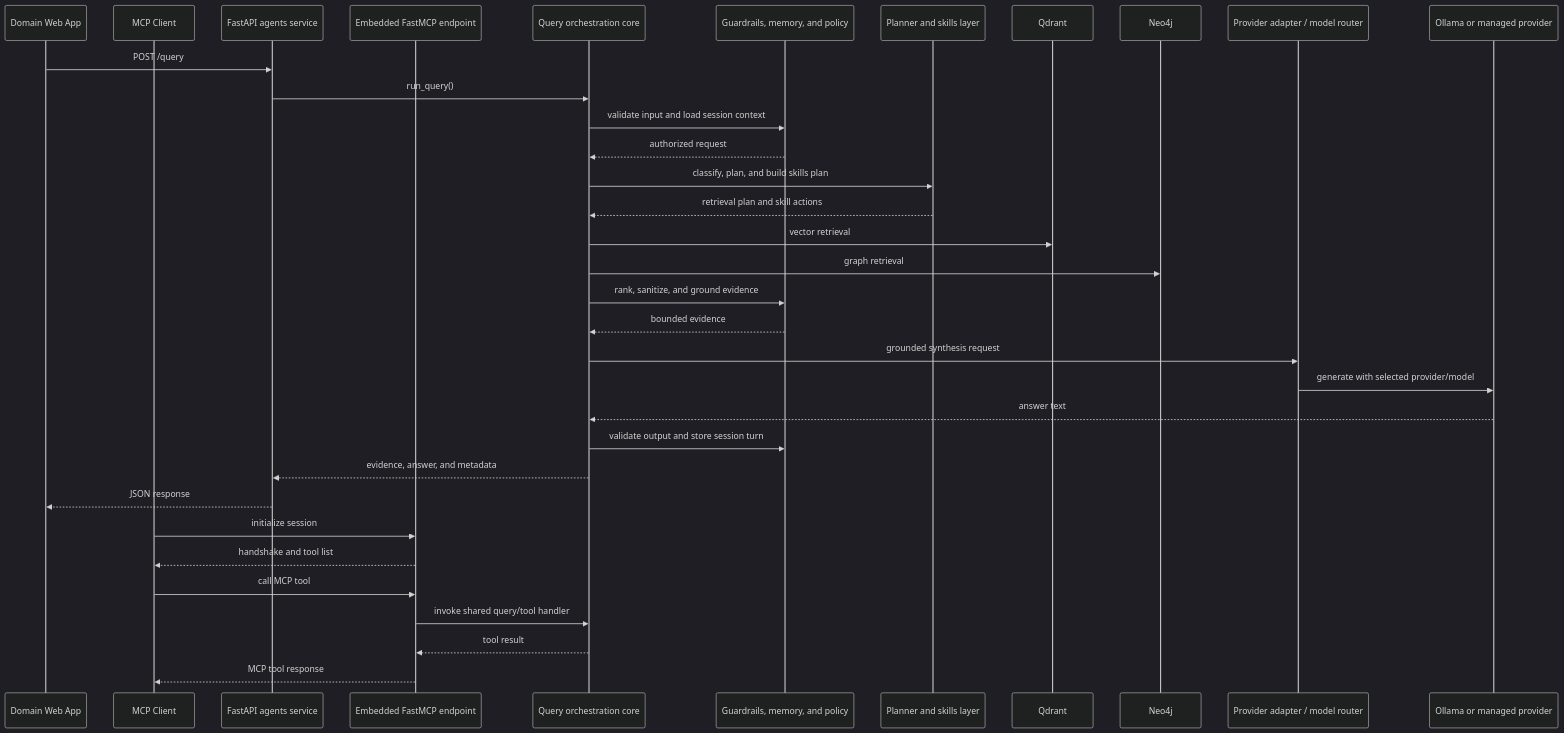
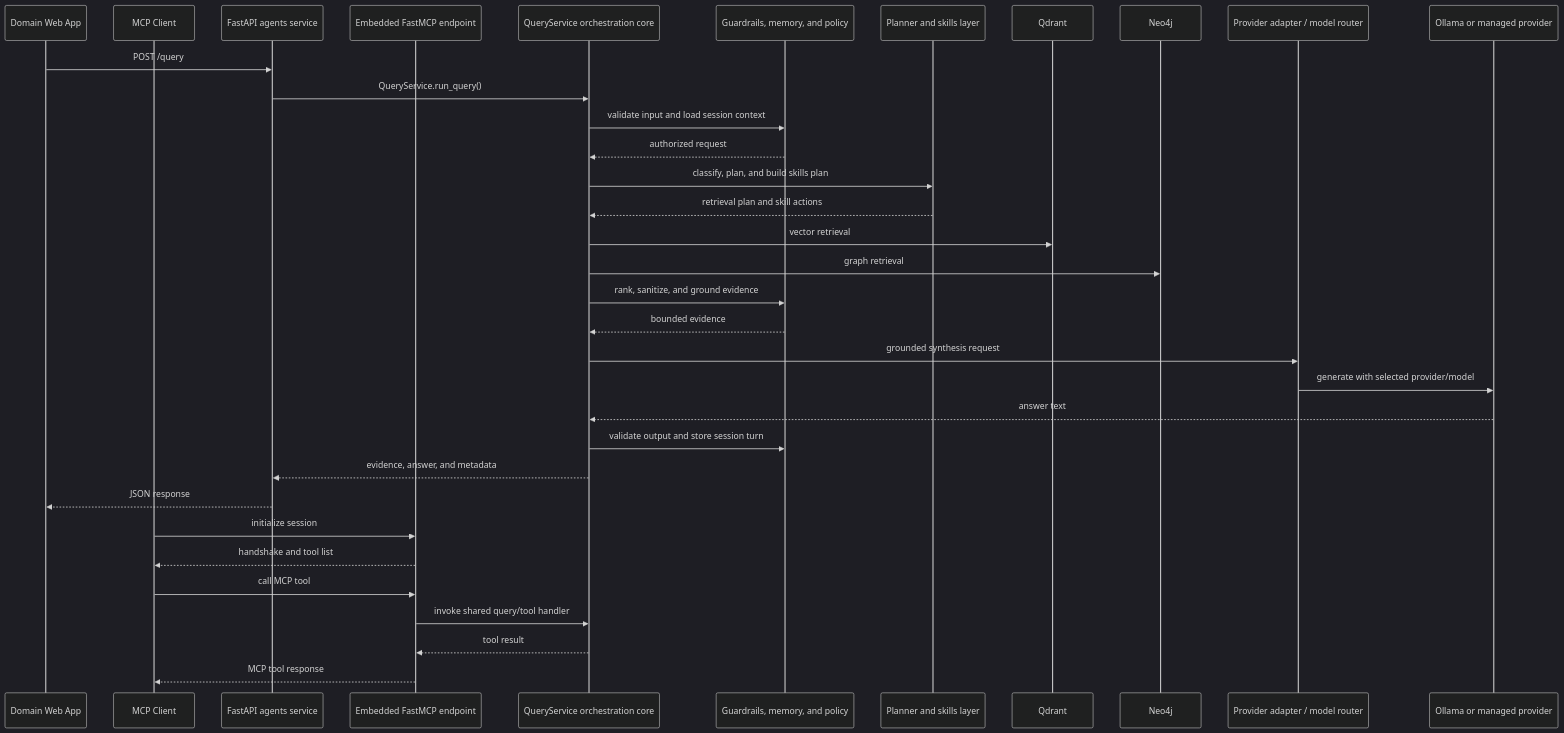
Before and after one commit to wchen-dea/Agentic-AI-Healthcare-GraphRAG: the second of 4 diagrams in docs/02_architecture.md, drawn with Mermaid (dark theme). The commit also changed other lines of this file and 141 other files, not shown here.

````diff
--- a/docs/02_architecture.md
+++ b/docs/02_architecture.md
@@ -329,38 +326,38 @@
 ```mermaid
 sequenceDiagram
   participant UI as Domain Web App
   participant MCP as MCP Client
   participant API as FastAPI agents service
   participant MCPAPI as Embedded FastMCP endpoint
-  participant Core as Query orchestration core
+  participant Core as QueryService orchestration core
   participant Policy as Guardrails, memory, and policy
   participant Planner as Planner and skills layer
   participant Qdrant
   participant Neo4j
   participant Model as Provider adapter / model router
   participant LLM as Ollama or managed provider
 
   UI->>API: POST /query
-  API->>Core: run_query()
+  API->>Core: QueryService.run_query()
   Core->>Policy: validate input and load session context
   Policy-->>Core: authorized request
   Core->>Planner: classify, plan, and build skills plan
   Planner-->>Core: retrieval plan and skill actions
   Core->>Qdrant: vector retrieval
   Core->>Neo4j: graph retrieval
   Core->>Policy: rank, sanitize, and ground evidence
   Policy-->>Core: bounded evidence
   Core->>Model: grounded synthesis request
   Model->>LLM: generate with selected provider/model
   LLM-->>Core: answer text
   Core->>Policy: validate output and store session turn
   Core-->>API: evidence, answer, and metadata
   API-->>UI: JSON response
 
   MCP->>MCPAPI: initialize session
   MCPAPI-->>MCP: handshake and tool list
   MCP->>MCPAPI: call MCP tool
   MCPAPI->>Core: invoke shared query/tool handler
   Core-->>MCPAPI: tool result
   MCPAPI-->>MCP: MCP tool response
 ```
````
